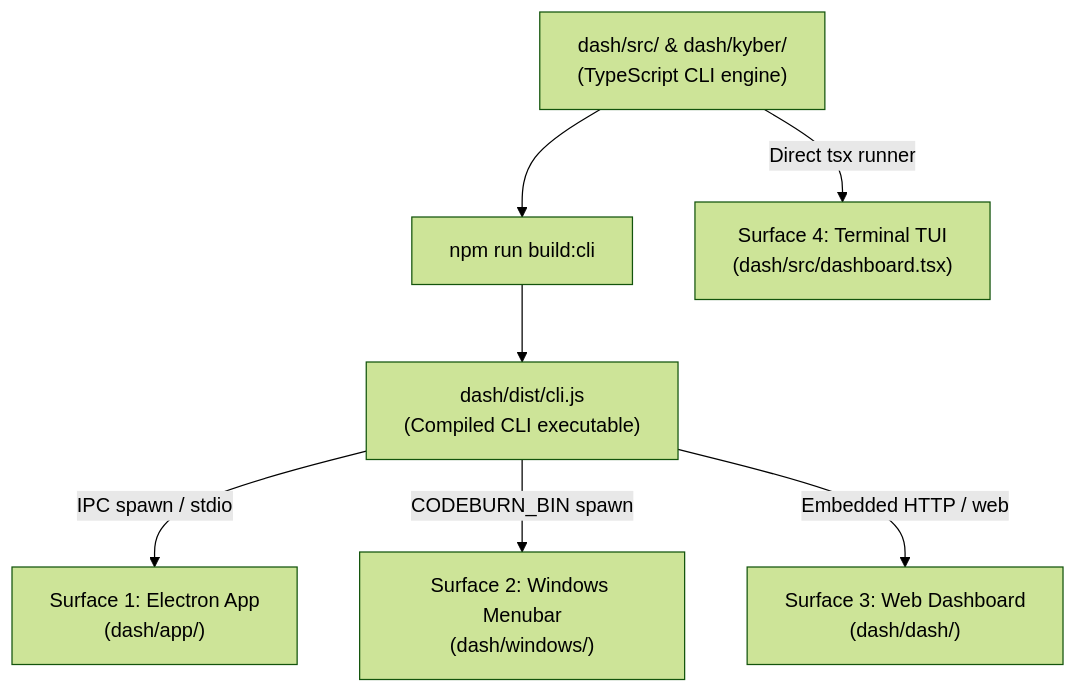
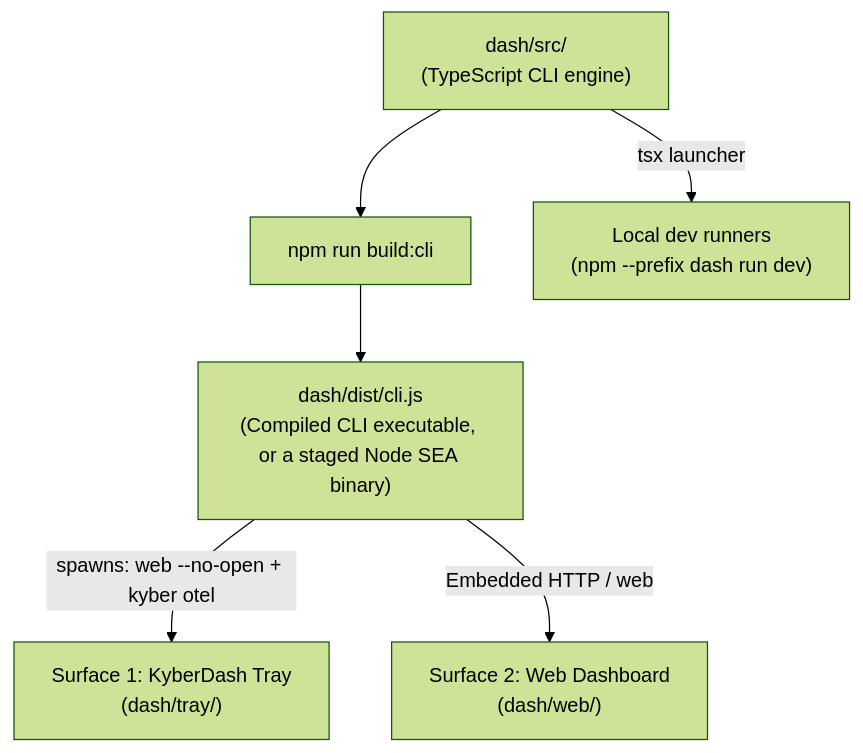
The diagram in docs/dash/runbook.md (dpalfery/kyber-weave), drawn with Mermaid (forest theme) before and after one commit. The commit also changed other lines of this file and 13 other files, not shown here.

First line of the commit message:
Update documentation and todos for KyberDash and Squad components

````diff
--- a/docs/dash/runbook.md
+++ b/docs/dash/runbook.md
@@ -58,13 +57,12 @@
 ```mermaid
 flowchart TD
-    CLI_SRC["dash/src/ & dash/kyber/<br/>(TypeScript CLI engine)"]
+    CLI_SRC["dash/src/<br/>(TypeScript CLI engine)"]
     BUILD["npm run build:cli"]
-    CLI_DIST["dash/dist/cli.js<br/>(Compiled CLI executable)"]
+    CLI_DIST["dash/dist/cli.js<br/>(Compiled CLI executable, or a staged Node SEA binary)"]
 
     CLI_SRC --> BUILD --> CLI_DIST
 
-    CLI_DIST -->|"IPC spawn / stdio"| ELECTRON["Surface 1: Electron App<br/>(dash/app/)"]
-    CLI_DIST -->|"CODEBURN_BIN spawn"| TAURI["Surface 2: Windows Menubar<br/>(dash/windows/)"]
-    CLI_DIST -->|"Embedded HTTP / web"| WEB["Surface 3: Web Dashboard<br/>(dash/dash/)"]
-    CLI_SRC -->|"Direct tsx runner"| TUI["Surface 4: Terminal TUI<br/>(dash/src/dashboard.tsx)"]
+    CLI_DIST -->|"spawns: web --no-open + kyber otel"| TRAY["Surface 1: KyberDash Tray<br/>(dash/tray/)"]
+    CLI_DIST -->|"Embedded HTTP / web"| WEB["Surface 2: Web Dashboard<br/>(dash/web/)"]
+    CLI_SRC -->|"tsx launcher"| DEV["Local dev runners<br/>(npm --prefix dash run dev)"]
 ```
````
